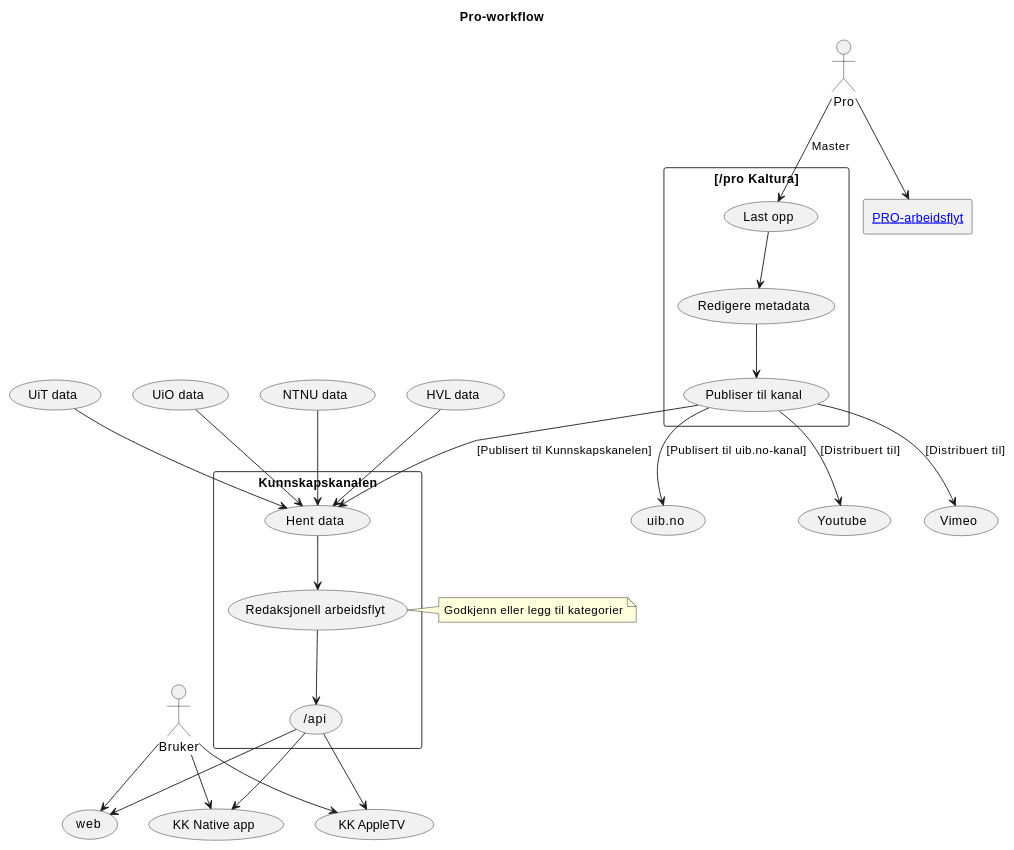
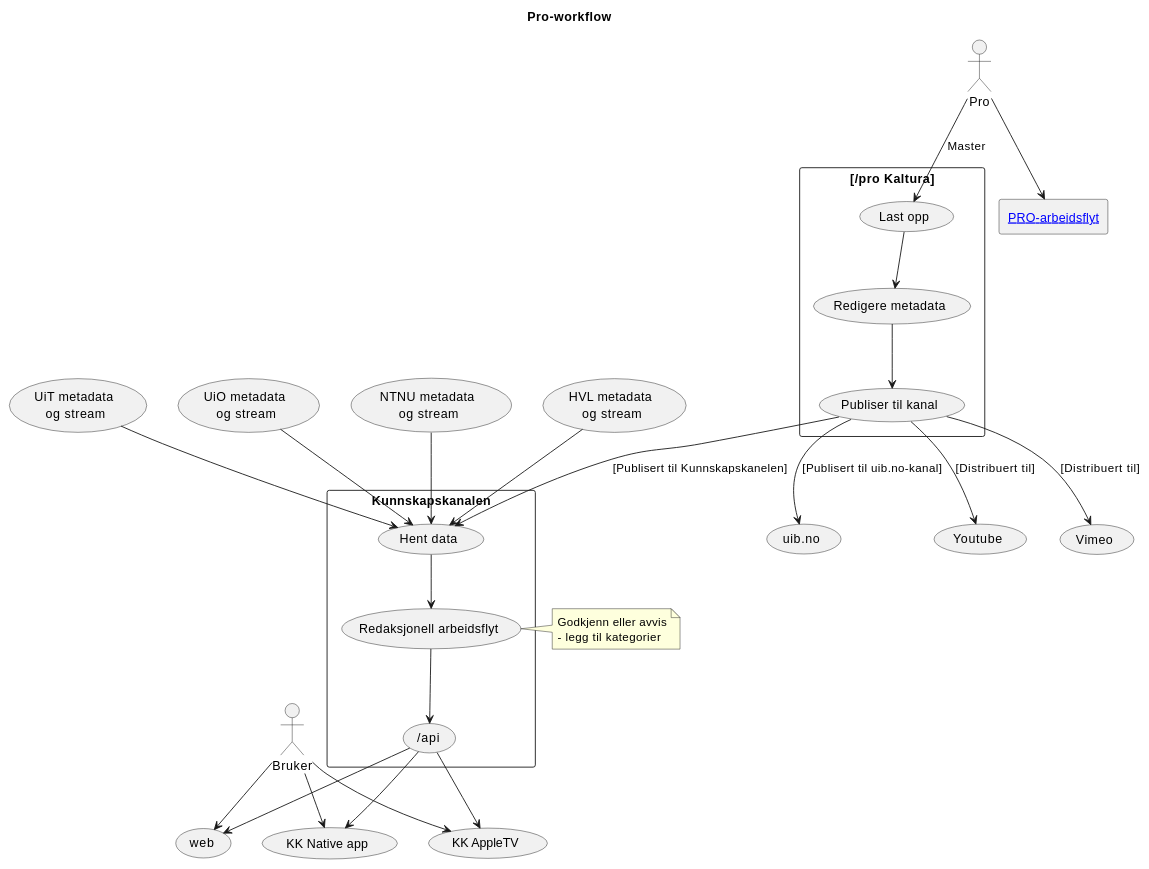
The diagram in src/docs/kk-workflow.md (tarjelavik/mam-dlr-architecture), drawn with PlantUML before and after one commit. The commit also changed 11 other files, not shown here.

````diff
--- a/src/docs/kk-workflow.md
+++ b/src/docs/kk-workflow.md
@@ -6,57 +6,58 @@
 ```plantuml 
 @startuml
 
 title Pro-workflow
 
 rectangle "[[/pro-workflow PRO-arbeidsflyt]]" as prowf {
 
 }
 
 rectangle "[[/pro Kaltura]]" {
     (Last opp)
     (Redigere metadata) as metadata
     (Publiser til kanal) as channel
 }
 
 rectangle Kunnskapskanalen as kk {
     (Hent data) as source
     (Redaksjonell arbeidsflyt)
     (/api)
 }
 
 :Pro:
 :Bruker:
 
 Pro --> prowf
 
 Pro --> (Last opp) : Master
 (Last opp) --> metadata
 metadata --> channel
 
 channel --> source : "[Publisert til Kunnskapskanelen]"
 channel --> (uib.no) : "[Publisert til uib.no-kanal]"
 channel --> (Youtube) : "[Distribuert til]"
 channel --> (Vimeo) : "[Distribuert til]"
 
-(UiO data) --> source
-(NTNU data) --> source
-(HVL data) --> source
-(UiT data) --> source
+(UiO metadata \log stream) --> source
+(NTNU metadata \log stream) --> source
+(HVL metadata \log stream) --> source
+(UiT metadata \log stream) --> source
 
 source --> (Redaksjonell arbeidsflyt)
 (Redaksjonell arbeidsflyt) --> (/api)
 
 (/api) --> (web)
 (/api) --> (KK AppleTV)
 (/api) --> (KK Native app)
 
 Bruker --> (web)
 Bruker --> (KK AppleTV)
 Bruker --> (KK Native app)
 
 note right of (Redaksjonell arbeidsflyt)
-    Godkjenn eller legg til kategorier
+    Godkjenn eller avvis
+    - legg til kategorier
 end note
 
 @enduml
 ```
````
